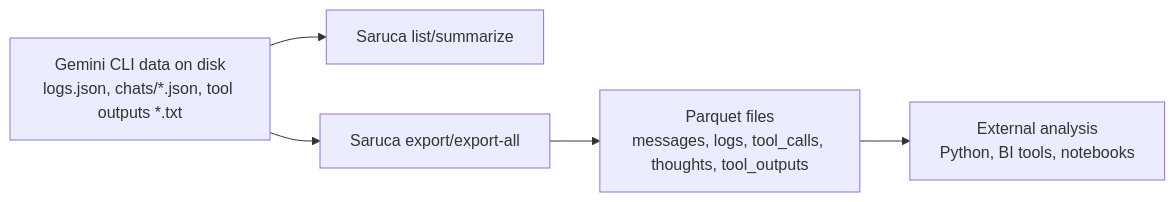
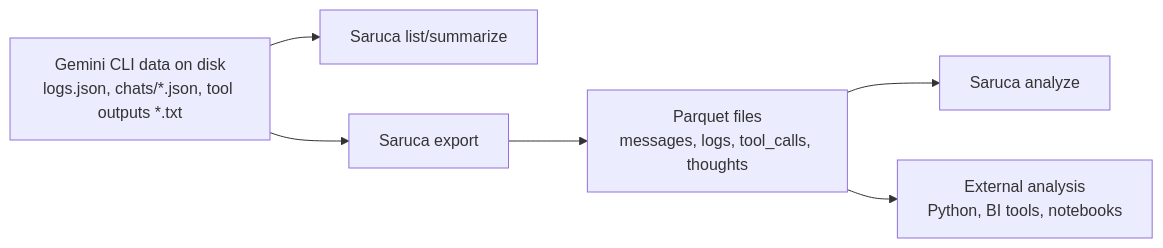
One commit to mdfranz/saruca changed the diagram in README.md. Above: the diagram before and after it, drawn with Mermaid. The commit also changed other lines of this file and 3 other files, not shown here.

````diff
--- a/README.md
+++ b/README.md
@@ -33,7 +34,8 @@
 ```mermaid
 flowchart LR
     A[Gemini CLI data on disk\nlogs.json, chats/*.json, tool outputs *.txt] --> B[Saruca list/summarize]
-    A --> C[Saruca export/export-all]
-    C --> D[Parquet files\nmessages, logs, tool_calls, thoughts, tool_outputs]
-    D --> E[External analysis\nPython, BI tools, notebooks]
+    A --> C[Saruca export]
+    C --> D[Parquet files\nmessages, logs, tool_calls, thoughts]
+    D --> E[Saruca analyze]
+    D --> F[External analysis\nPython, BI tools, notebooks]
 ```
````
